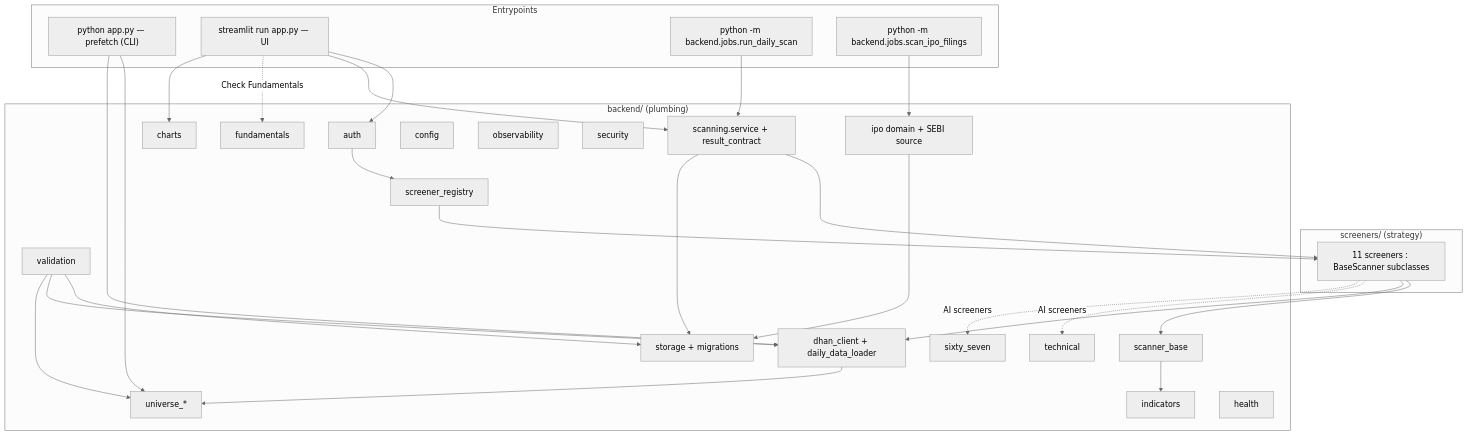
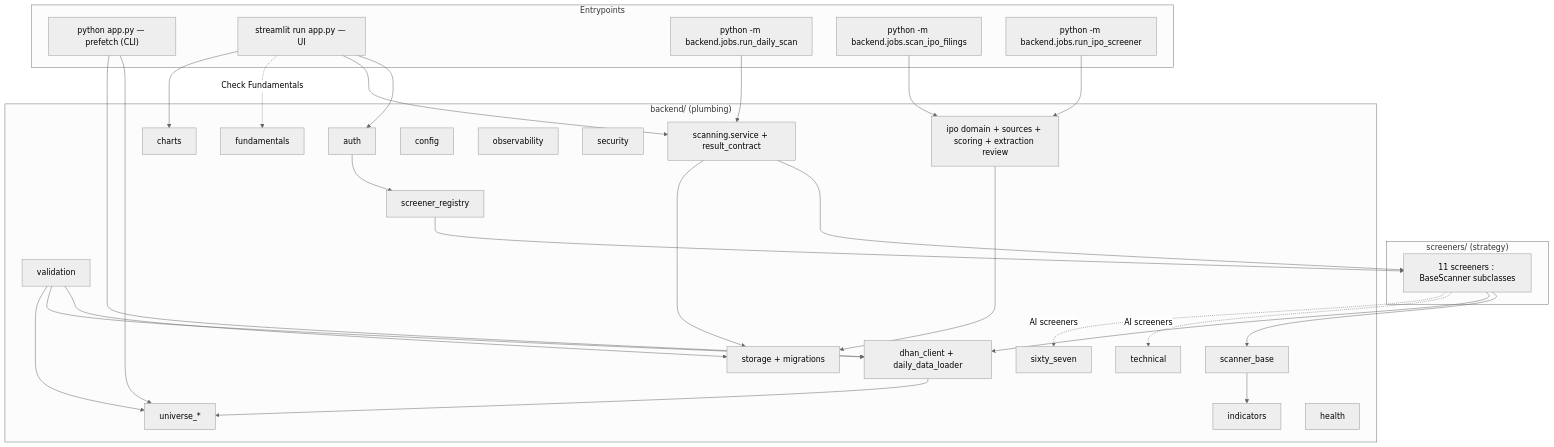
Before and after one commit to DoRmAmMu1997/Streamlit-Scanner-App: the second of 7 diagrams in docs/architecture/high-level-design.md, drawn with Mermaid (neutral theme). The commit also changed other lines of this file and 11 other files, not shown here.

````diff
--- a/docs/architecture/high-level-design.md
+++ b/docs/architecture/high-level-design.md
@@ -91,32 +97,34 @@
 ```mermaid
 flowchart TB
     subgraph Entrypoints
       PRE["python app.py — prefetch (CLI)"]
       UI["streamlit run app.py — UI"]
       JOB["python -m backend.jobs.run_daily_scan"]
       IPOJOB["python -m backend.jobs.scan_ipo_filings"]
+      IPOSCREEN["python -m backend.jobs.run_ipo_screener"]
     end
     subgraph Strategy["screeners/ (strategy)"]
       SCR["11 screeners : BaseScanner subclasses"]
     end
     subgraph Backend["backend/ (plumbing)"]
       REG["screener_registry"]; BASE["scanner_base"]; IND["indicators"]
       DATA["dhan_client + daily_data_loader"]; UNI["universe_*"]
       SVC["scanning.service + result_contract"]; VAL["validation"]; STORE["storage + migrations"]
-      IPO["ipo domain + SEBI source"]
+      IPO["ipo domain + sources + scoring + extraction review"]
       AIF["fundamentals"]; AIT["technical"]; AI67["sixty_seven"]
       CH["charts"]; AUTH["auth"]; CFG["config"]; OBS["observability"]; SEC["security"]; HLT["health"]
     end
     PRE --> UNI & DATA
     UI --> AUTH --> REG --> SCR
     UI --> SVC; JOB --> SVC
     IPOJOB --> IPO --> STORE
+    IPOSCREEN --> IPO
     SCR --> BASE --> IND
     SVC --> SCR --> DATA --> UNI
     SVC --> STORE
     VAL --> STORE & DATA & UNI
     SCR -. AI screeners .-> AIT & AI67
     UI -. Check Fundamentals .-> AIF
     UI --> CH
     CFG & OBS & SEC --- Backend
 ```
````
